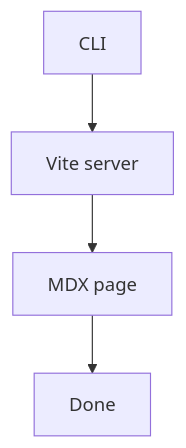
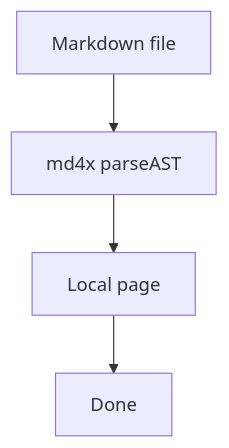
The diagram in packages/tkstack/fixtures/sample.mdx (tanishqkancharla/halo-v2), drawn with Mermaid before and after one commit. The commit also changed other lines of this file and 1 other file, not shown here.

````diff
--- a/packages/tkstack/fixtures/sample.mdx
+++ b/packages/tkstack/fixtures/sample.mdx
@@ -16,6 +9,6 @@
 ```mermaid
 flowchart TD
-  A[CLI] --> B[Vite server]
-  B --> C[MDX page]
+  A[Markdown file] --> B[md4x parseAST]
+  B --> C[Local page]
   C --> D[Done]
 ```
````
